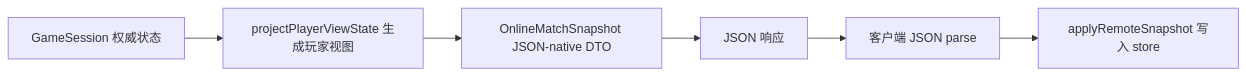
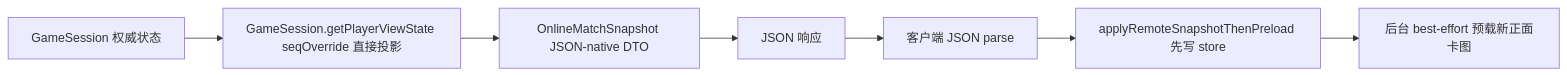
Before and after one commit to catmeow123456/loveca-dev: the second of 2 diagrams in docs/online-mode/transport-serde-performance.md, drawn with Mermaid. The commit also changed other lines of this file and 35 other files, not shown here.

````diff
--- a/docs/online-mode/transport-serde-performance.md
+++ b/docs/online-mode/transport-serde-performance.md
@@ -197,8 +251,9 @@
 ```mermaid
 flowchart LR
-  A[GameSession 权威状态] --> B[projectPlayerViewState 生成玩家视图]
+  A[GameSession 权威状态] --> B[GameSession.getPlayerViewState seqOverride 直接投影]
   B --> C[OnlineMatchSnapshot JSON-native DTO]
   C --> D[JSON 响应]
   D --> E[客户端 JSON parse]
-  E --> F[applyRemoteSnapshot 写入 store]
+  E --> F[applyRemoteSnapshotThenPreload 先写 store]
+  F --> G[后台 best-effort 预载新正面卡图]
 ```
````
